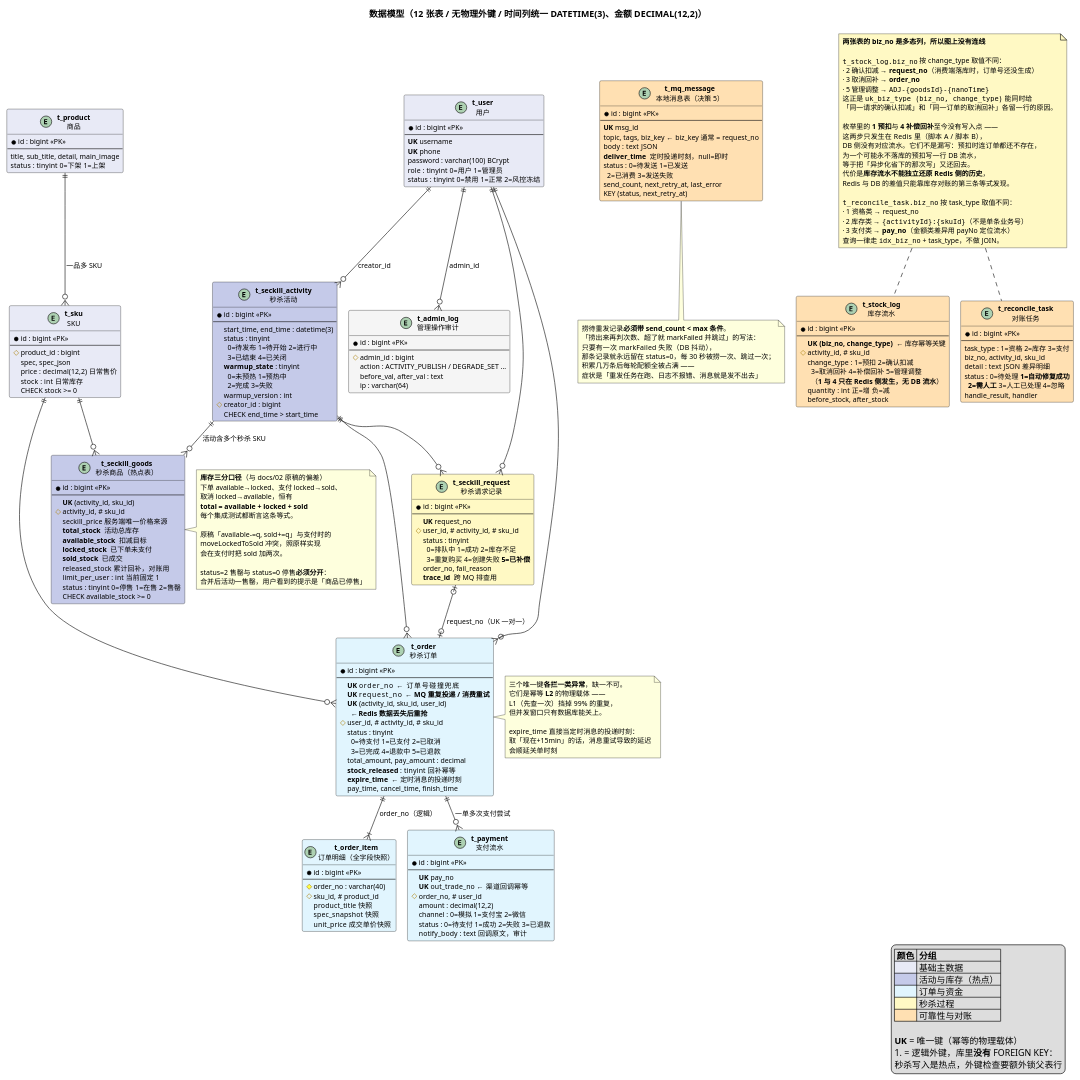
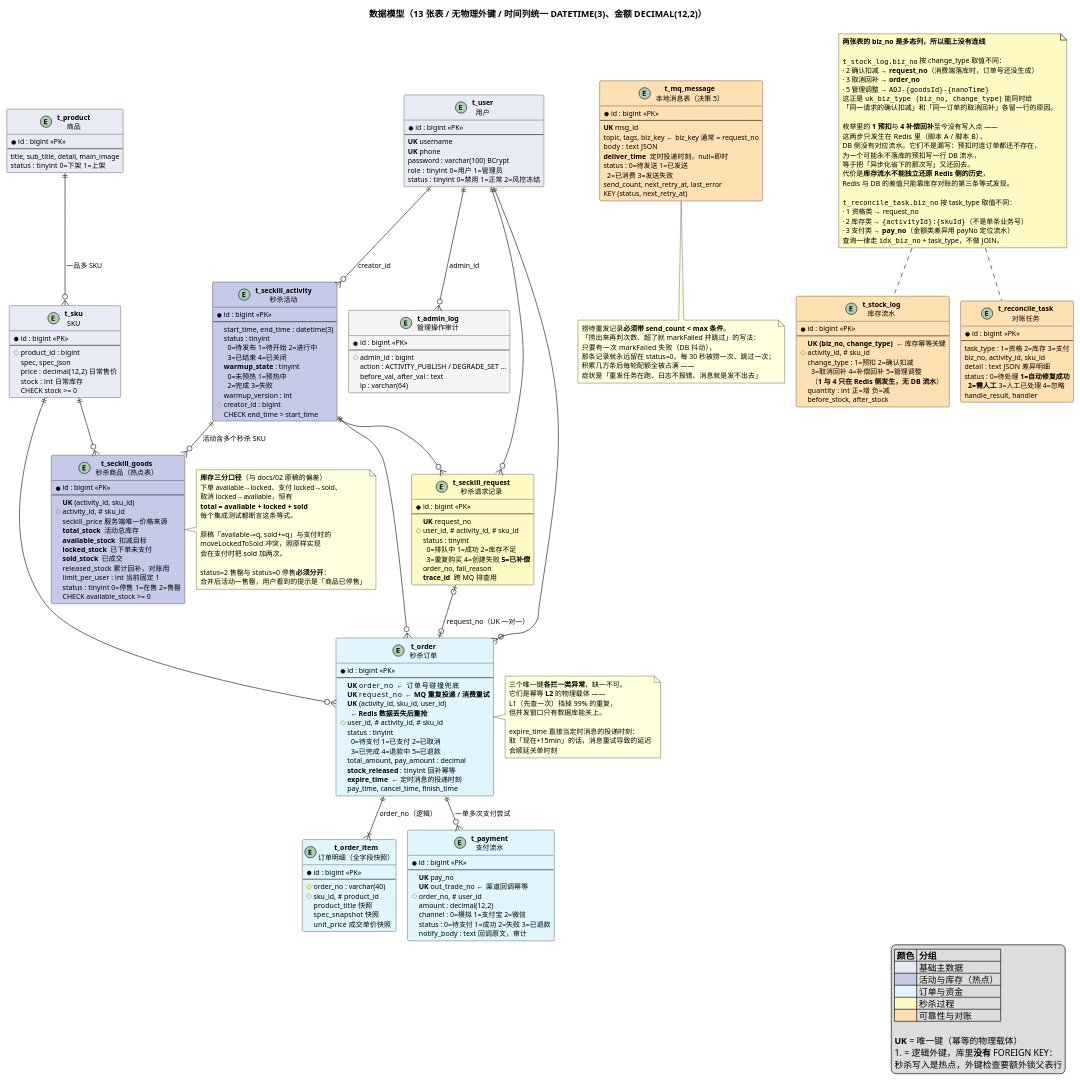
The diagram in docs/uml/07-ER图.puml (buhuiquming12/flash_sale_system), drawn with PlantUML before and after one commit. The commit also changed 16 other files, not shown here.

```diff
--- a/docs/uml/07-ER图.puml
+++ b/docs/uml/07-ER图.puml
@@ -1,6 +1,6 @@
 @startuml 07-ER图
 ' ============================================================================
-' 数据模型 ER 图 —— 严格对应 sql/V1__init.sql 的 12 张表
+' 数据模型 ER 图 —— 严格对应 sql/V1__init.sql 的 13 张表
 '
 ' 关系用「逻辑外键」表示：**库里没有真实 FOREIGN KEY**。
 ' 秒杀写入是热点路径，外键检查要额外锁父表行，
@@ -19,7 +19,7 @@
   BackgroundColor #FFFFFF
 }
 
-title 数据模型（12 张表 / 无物理外键 / 时间列统一 DATETIME(3)、金额 DECIMAL(12,2)）
+title 数据模型（13 张表 / 无物理外键 / 时间列统一 DATETIME(3)、金额 DECIMAL(12,2)）
 
 ' ------------------------------------------------ 用户与商品
 entity "**t_user**\n用户" as user #E8EAF6 {
```
